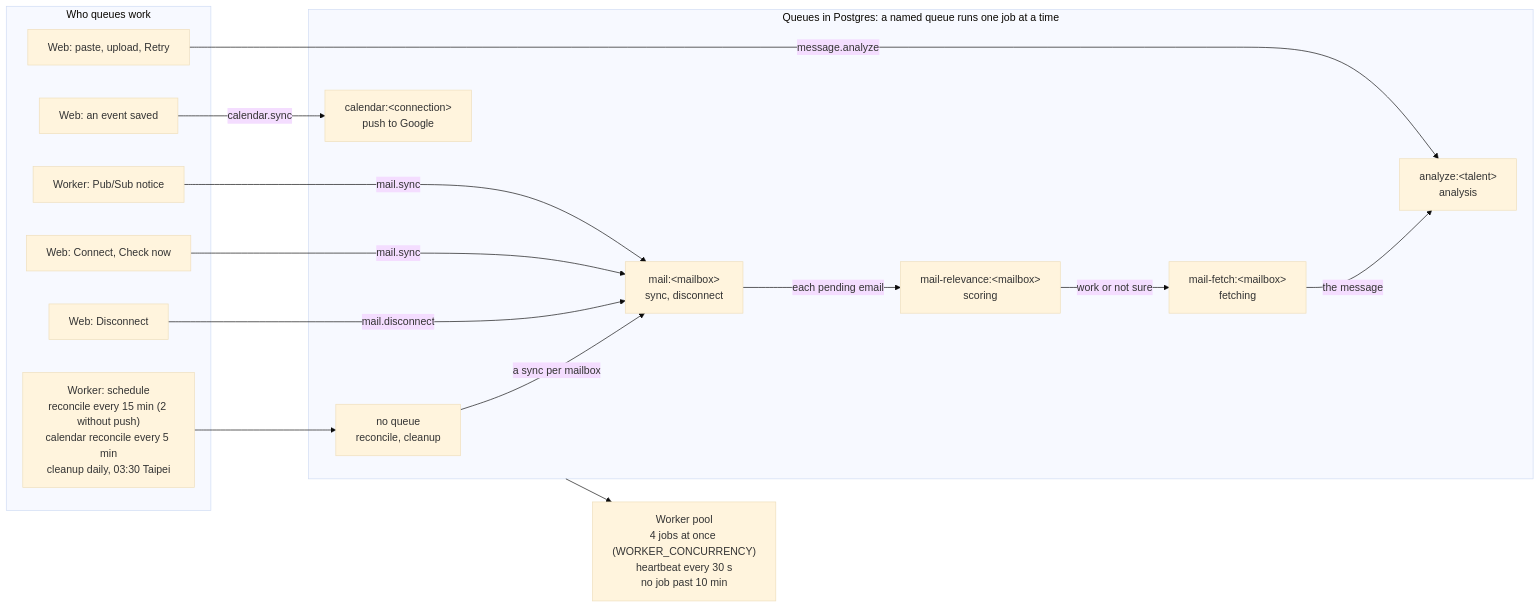
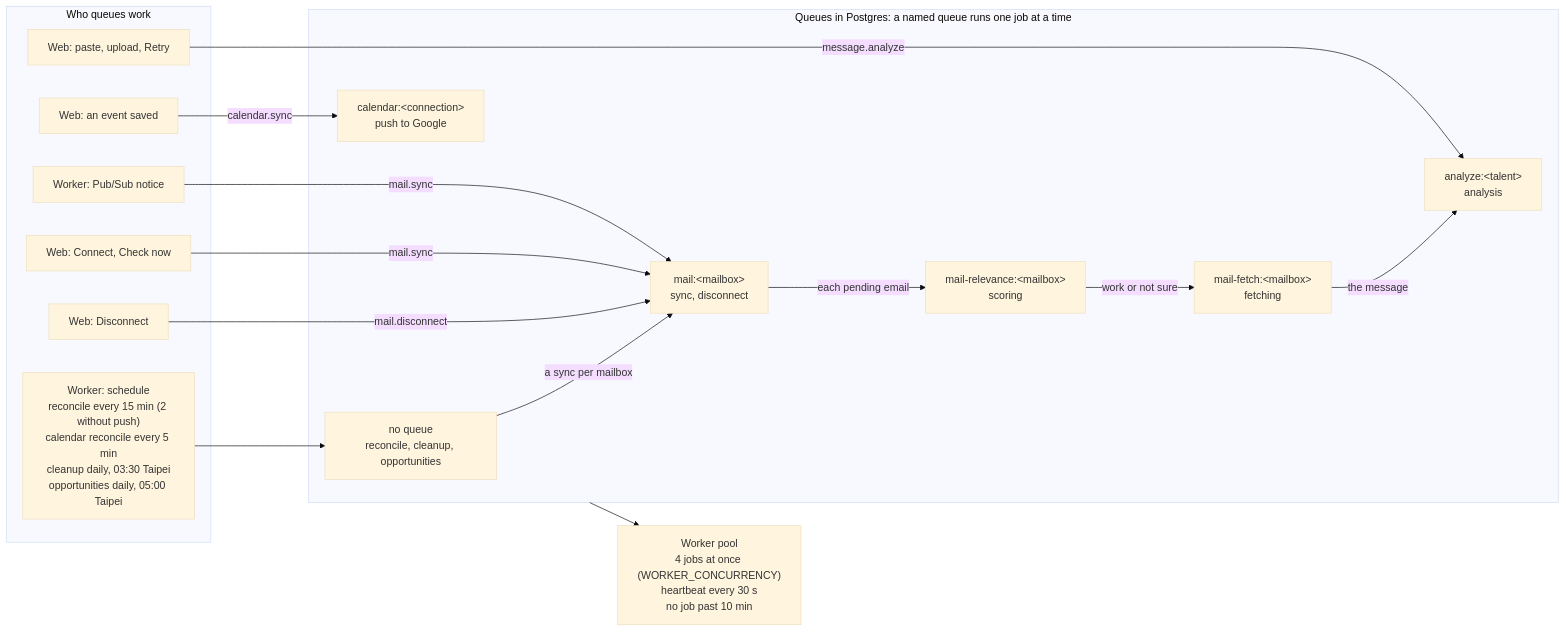
One commit to janiceyujie/talent_biz_os changed the fourth of 14 diagrams in docs/system-map.md. Above: the diagram before and after it, drawn with Mermaid (base theme). The commit also changed other lines of this file, not shown here.

First line of the commit message:
docs(system-map): add how opportunities are read, screened, and followed

````diff
--- a/docs/system-map.md
+++ b/docs/system-map.md
@@ -169,34 +170,34 @@
 ```mermaid
 flowchart LR
   subgraph Queues["Queues in Postgres: a named queue runs one job at a time"]
-    QN["no queue<br/>reconcile, cleanup"]
+    QN["no queue<br/>reconcile, cleanup, opportunities"]
     QM["mail:&lt;mailbox&gt;<br/>sync, disconnect"]
     QR["mail-relevance:&lt;mailbox&gt;<br/>scoring"]
     QF["mail-fetch:&lt;mailbox&gt;<br/>fetching"]
     QA["analyze:&lt;talent&gt;<br/>analysis"]
     QC["calendar:&lt;connection&gt;<br/>push to Google"]
   end
 
   subgraph Producers["Who queues work"]
-    C["Worker: schedule<br/>reconcile every 15 min (2 without push)<br/>calendar reconcile every 5 min<br/>cleanup daily, 03:30 Taipei"]
+    C["Worker: schedule<br/>reconcile every 15 min (2 without push)<br/>calendar reconcile every 5 min<br/>cleanup daily, 03:30 Taipei<br/>opportunities daily, 05:00 Taipei"]
     P["Worker: Pub/Sub notice"]
     A2["Web: Connect, Check now"]
     A3["Web: Disconnect"]
     A1["Web: paste, upload, Retry"]
     A4["Web: an event saved"]
   end
 
   C --> QN
   P -->|mail.sync| QM
   A2 -->|mail.sync| QM
   A3 -->|mail.disconnect| QM
   A1 -->|message.analyze| QA
   A4 -->|calendar.sync| QC
 
   QN -->|a sync per mailbox| QM
   QM -->|each pending email| QR
   QR -->|work or not sure| QF
   QF -->|the message| QA
 
   Queues --> WK["Worker pool<br/>4 jobs at once (WORKER_CONCURRENCY)<br/>heartbeat every 30 s<br/>no job past 10 min"]
 ```
````
